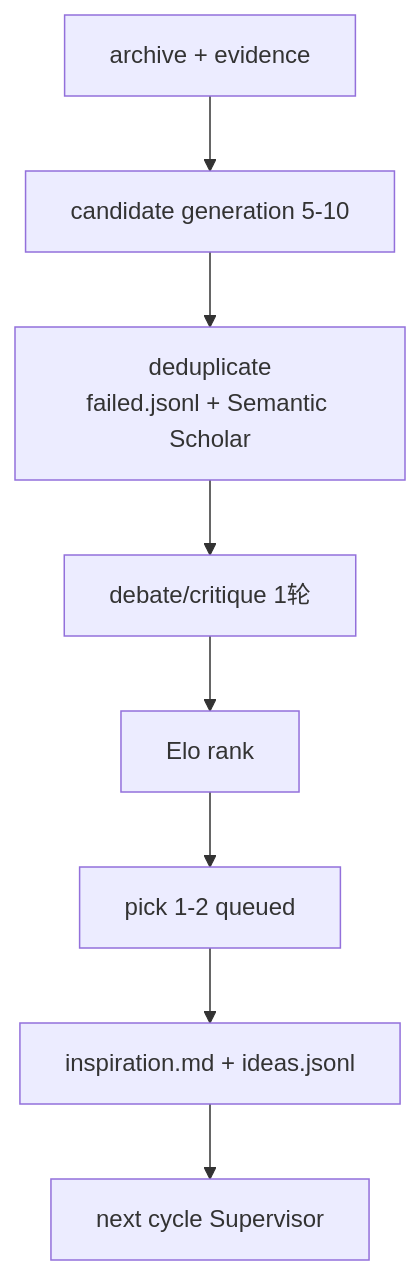
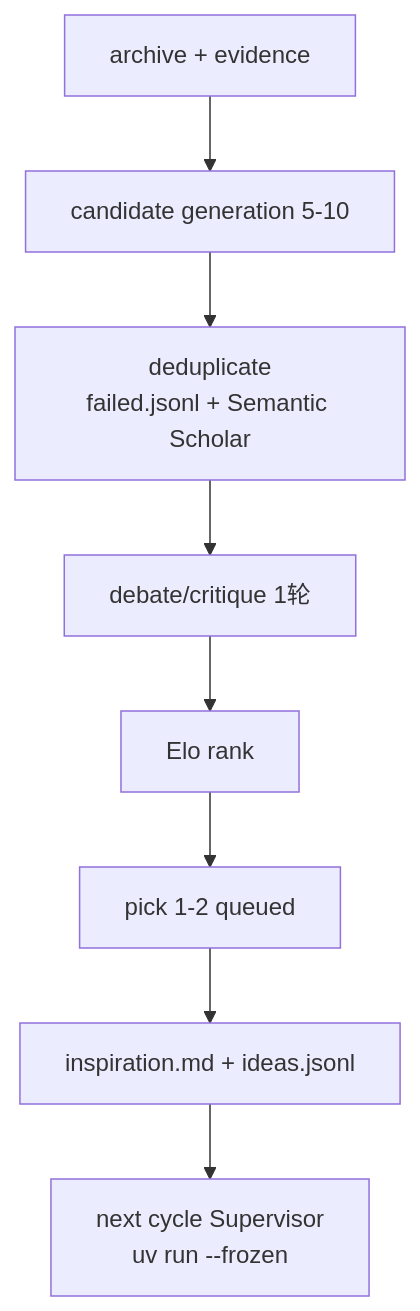
The third of 3 diagrams in template/03-inspiration-engine.md (dbydd/research-flywheel), drawn with Mermaid before and after one commit. The commit also changed other lines of this file and 19 other files, not shown here.

````diff
--- a/template/03-inspiration-engine.md
+++ b/template/03-inspiration-engine.md
@@ -206,10 +210,10 @@
 ```mermaid
 flowchart TD
     A[archive + evidence] --> B[candidate generation 5-10]
     B --> C[deduplicate<br/>failed.jsonl + Semantic Scholar]
     C --> D[debate/critique 1轮]
     D --> E[Elo rank]
     E --> F[pick 1-2 queued]
     F --> G[inspiration.md + ideas.jsonl]
-    G --> H[next cycle Supervisor]
+    G --> H[next cycle Supervisor<br/>uv run --frozen]
 ```
````
